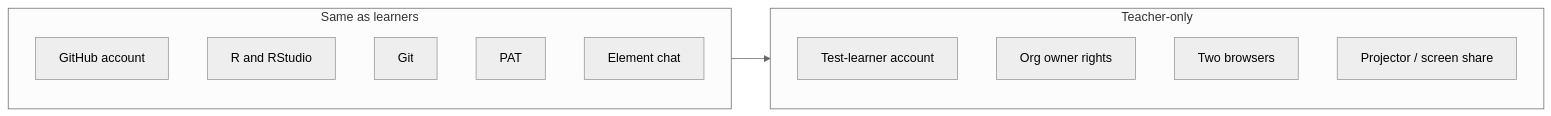
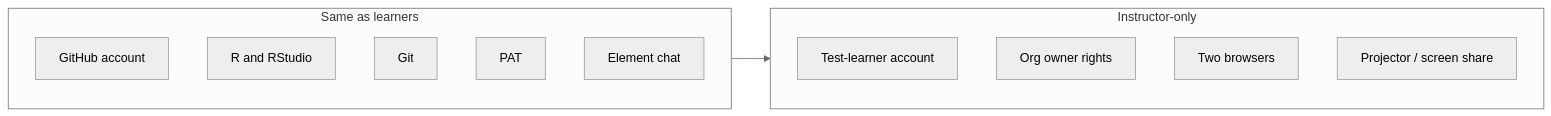
The diagram in ch-teacher-setup.qmd (gitforsci/website), drawn with Mermaid (neutral theme) before and after one commit. The commit also changed other lines of this file and 21 other files, not shown here.

````diff
--- a/ch-teacher-setup.qmd
+++ b/ch-teacher-setup.qmd
@@ -15,17 +15,17 @@
 ```{mermaid}
 flowchart LR
     subgraph shared[Same as learners]
         GH[GitHub account]
         R[R and RStudio]
         G[Git]
         PAT[PAT]
         EL[Element chat]
     end
-    subgraph extra[Teacher-only]
+    subgraph extra[Instructor-only]
         TEST[Test-learner account]
         OWNER[Org owner rights]
         BROWSERS[Two browsers]
         SCREEN[Projector / screen share]
     end
     shared --> extra
 ```
````
